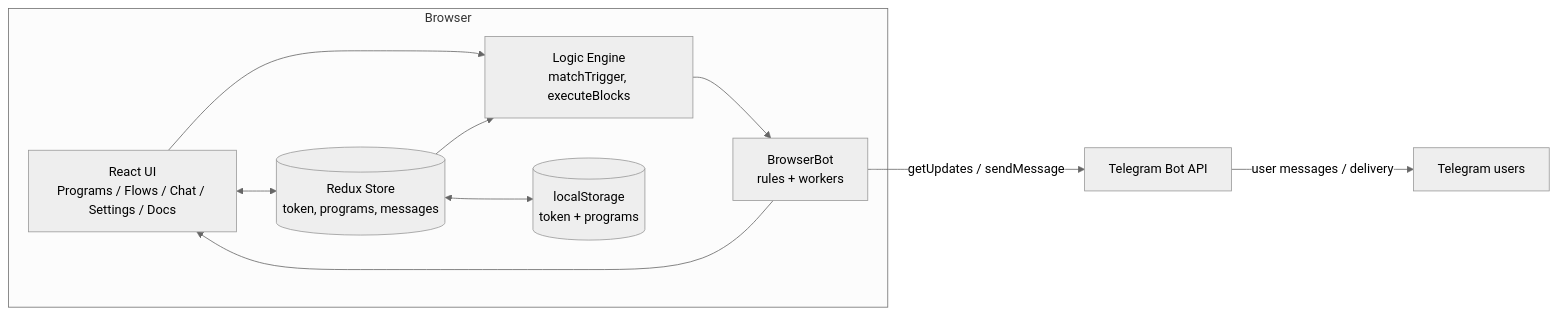
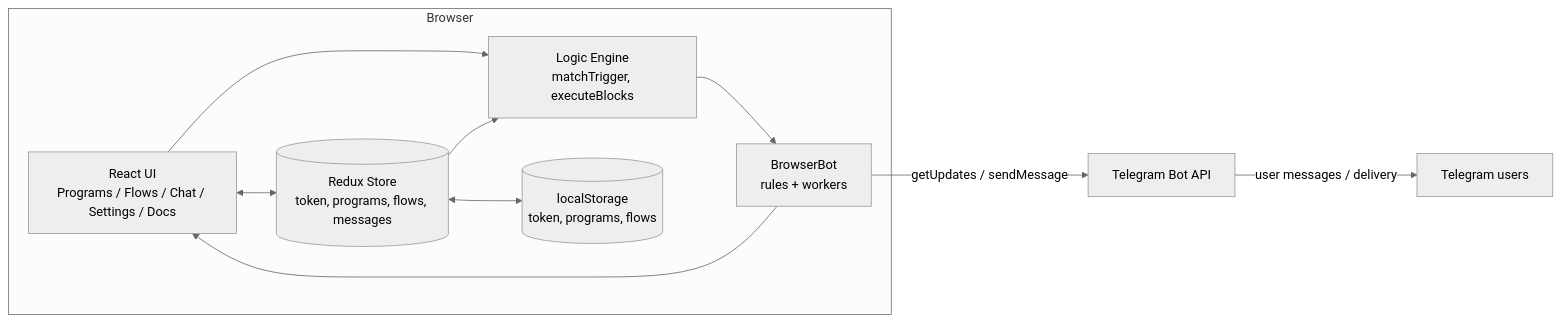
Before and after one commit to Jh123x/telegram-bot-on-browser: the first of 6 diagrams in docs/ARCHITECTURE.md, drawn with Mermaid (neutral theme). The commit also changed 2 other files, not shown here.

Commit message:
docs: fix stale diagram labels and sample descriptions for flows

````diff
--- a/docs/ARCHITECTURE.md
+++ b/docs/ARCHITECTURE.md
@@ -11,20 +11,20 @@
 ```mermaid
 flowchart LR
   subgraph Browser
     UI[React UI<br/>Programs / Flows / Chat / Settings / Docs]
-    Store[(Redux Store<br/>token, programs, messages)]
+    Store[(Redux Store<br/>token, programs, flows, messages)]
     Logic[Logic Engine<br/>matchTrigger, executeBlocks]
     Bot[BrowserBot<br/>rules + workers]
-    Local[(localStorage<br/>token + programs)]
+    Local[(localStorage<br/>token, programs, flows)]
 
     UI <--> Store
     UI --> Logic
     Store --> Logic
     Logic --> Bot
     Bot --> UI
     Store <--> Local
   end
 
   Bot -- "getUpdates / sendMessage" --> API[Telegram Bot API]
   API -- "user messages / delivery" --> Telegram[Telegram users]
 ```
````
